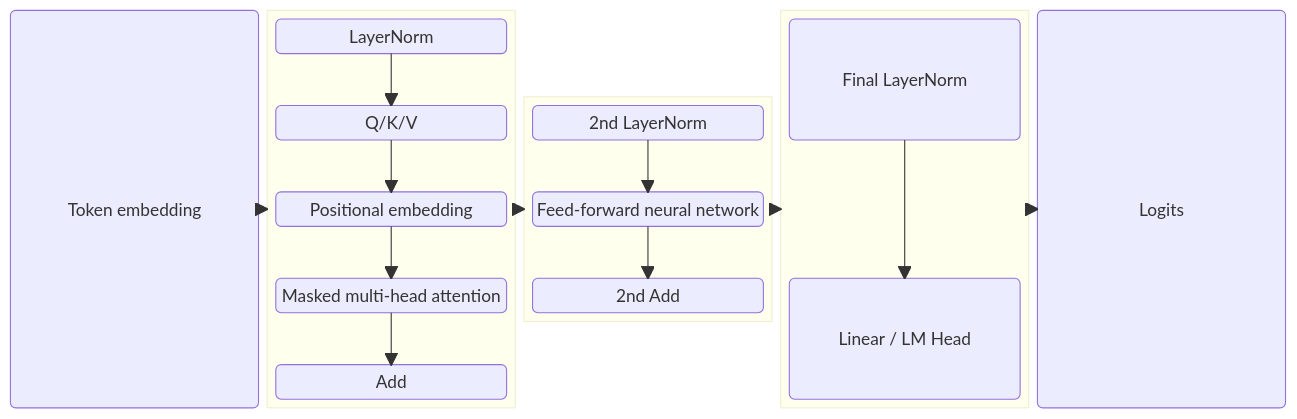
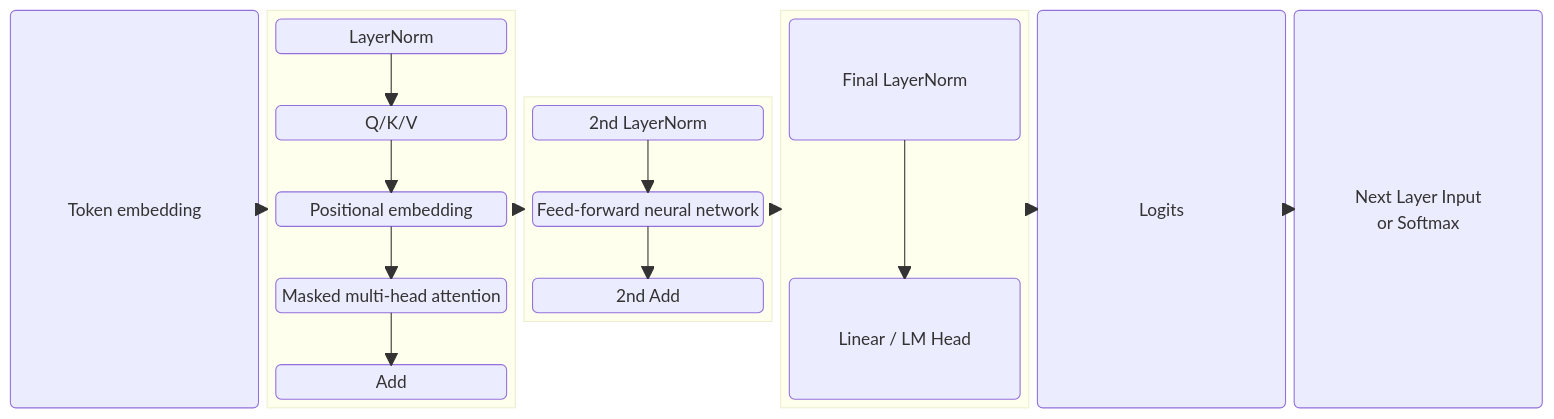
Before and after one commit to ChrisZhu2050/chriszhu2050.github.io: diagram 19 of 22 in index.md, drawn with Mermaid. The commit also changed other lines of this file, not shown here.

````diff
--- a/index.md
+++ b/index.md
@@ -532,45 +532,48 @@
       ```mermaid
           block
-          columns 5
+          columns 6
 
             a("Token embedding")
             
 
           block:group2:1
             columns 1
             c1("LayerNorm") space
             b1("Q/K/V") space
             b("Positional embedding") space
             c2("Masked multi-head attention") space
             c3("Add")
           end
           block:group3:1
             columns 1
             d("2nd LayerNorm") space
             e("Feed-forward neural network") space
             h("2nd Add")
           end
           block:group4:1
             columns 1
             f("Final LayerNorm") space
             g("Linear / LM Head")
 
           end
           
             z("Logits")
+            y("Next Layer Input
+            or Softmax")
           
 
           c1 --> b1
           b1 --> b
           b --> c2
           c2 --> c3
           d --> e
           e --> h
           f --> g
 
           a --> group2
           group2 --> group3
           group3 --> group4
           group4 --> z
+          z --> y
 
       ```  
````
